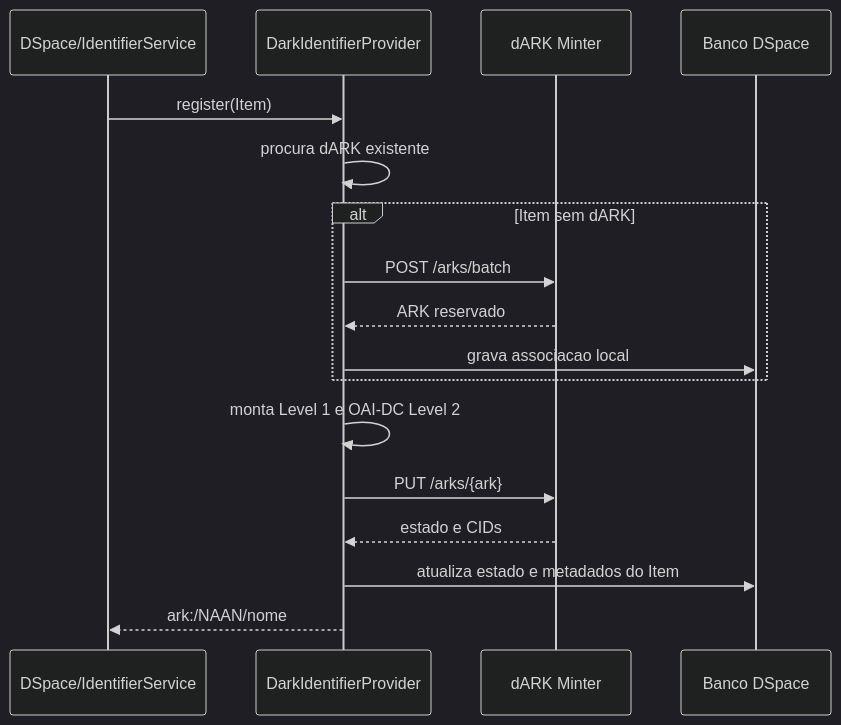
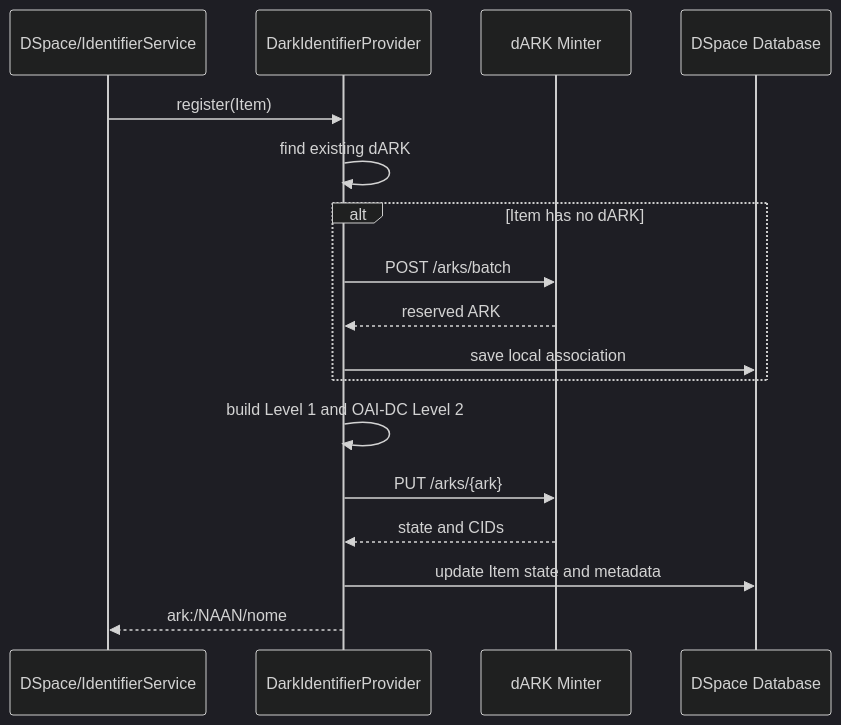
One commit to LA-Referencia-Lyrasis-Project/DSpace changed the diagram in docs/dark-dspace-integration.md. Above: the diagram before and after it, drawn with Mermaid (dark theme). The commit also changed other lines of this file and 2 other files, not shown here.

````diff
--- a/docs/dark-dspace-integration.md
+++ b/docs/dark-dspace-integration.md
@@ -98,20 +99,20 @@
 ```mermaid
 sequenceDiagram
     participant D as DSpace/IdentifierService
     participant P as DarkIdentifierProvider
     participant M as dARK Minter
-    participant DB as Banco DSpace
+    participant DB as DSpace Database
 
     D->>P: register(Item)
-    P->>P: procura dARK existente
-    alt Item sem dARK
+    P->>P: find existing dARK
+    alt Item has no dARK
         P->>M: POST /arks/batch
-        M-->>P: ARK reservado
-        P->>DB: grava associacao local
+      M-->>P: reserved ARK
+      P->>DB: save local association
     end
-    P->>P: monta Level 1 e OAI-DC Level 2
+    P->>P: build Level 1 and OAI-DC Level 2
     P->>M: PUT /arks/{ark}
-    M-->>P: estado e CIDs
-    P->>DB: atualiza estado e metadados do Item
+    M-->>P: state and CIDs
+    P->>DB: update Item state and metadata
     P-->>D: ark:/NAAN/nome
 ```
````
